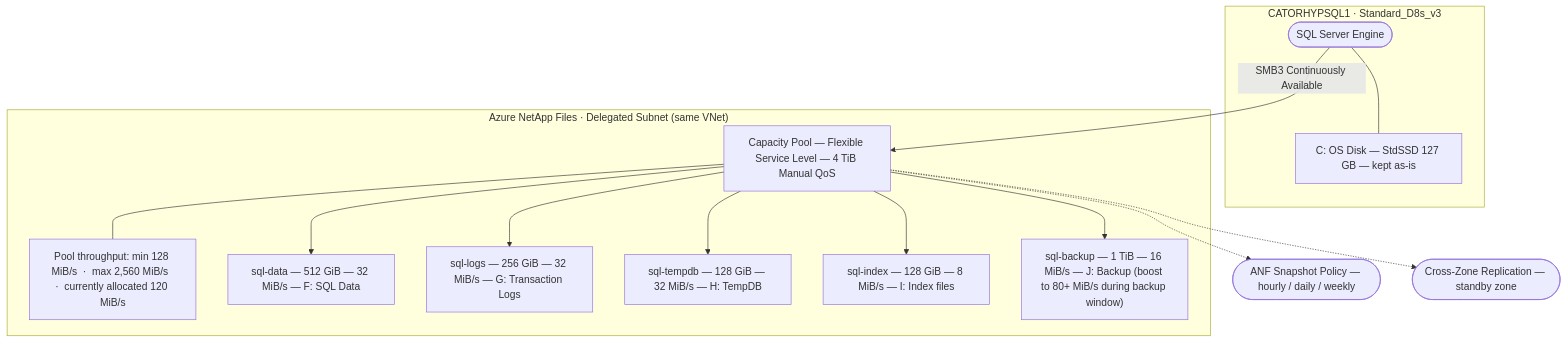
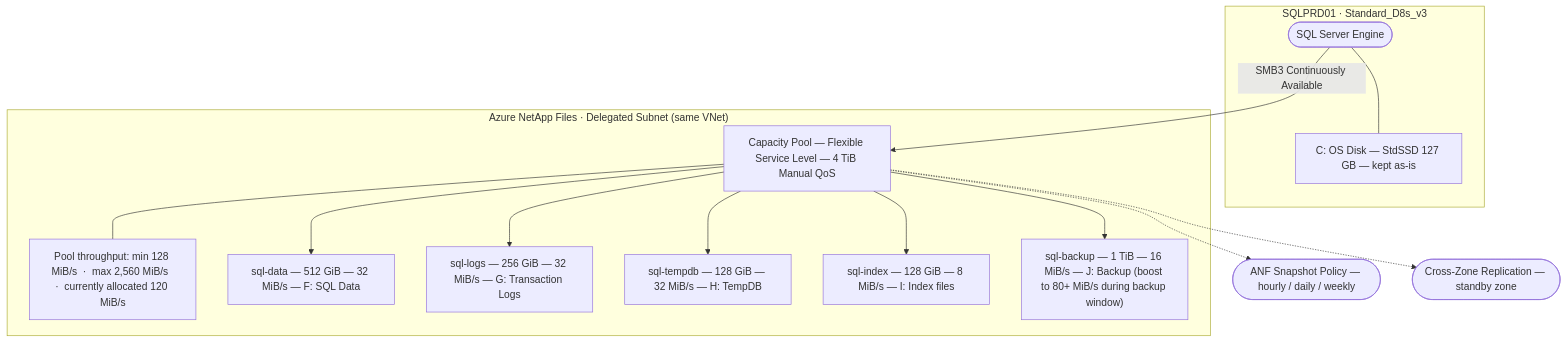
One commit to gko01/ANF-for-SQL changed the second of 4 diagrams in README.md. Above: the diagram before and after it, drawn with Mermaid. The commit also changed other lines of this file and 2 other files, not shown here.

````diff
--- a/README.md
+++ b/README.md
@@ -77,23 +77,23 @@
 ```mermaid
 flowchart TB
-    subgraph vm["CATORHYPSQL1  ·  Standard_D8s_v3"]
+    subgraph vm["SQLPRD01  ·  Standard_D8s_v3"]
         sql(["SQL Server Engine"])
         c["C: OS Disk — StdSSD 127 GB — kept as-is"]
         sql --- c
     end
     subgraph anfpool["Azure NetApp Files  ·  Delegated Subnet (same VNet)"]
         pool["Capacity Pool — Flexible Service Level — 4 TiB Manual QoS"]
         budget["Pool throughput: min 128 MiB/s  ·  max 2,560 MiB/s  ·  currently allocated 120 MiB/s"]
         v1["sql-data — 512 GiB — 32 MiB/s — F: SQL Data"]
         v2["sql-logs — 256 GiB — 32 MiB/s — G: Transaction Logs"]
         v3["sql-tempdb — 128 GiB — 32 MiB/s — H: TempDB"]
         v4["sql-index — 128 GiB — 8 MiB/s — I: Index files"]
         v5["sql-backup — 1 TiB — 16 MiB/s — J: Backup (boost to 80+ MiB/s during backup window)"]
         pool --- budget
         pool --> v1 & v2 & v3 & v4 & v5
     end
     snap(["ANF Snapshot Policy — hourly / daily / weekly"])
     czr(["Cross-Zone Replication — standby zone"])
     sql -->|"SMB3 Continuously Available"| pool
     pool -.-> snap & czr
 ```
````
